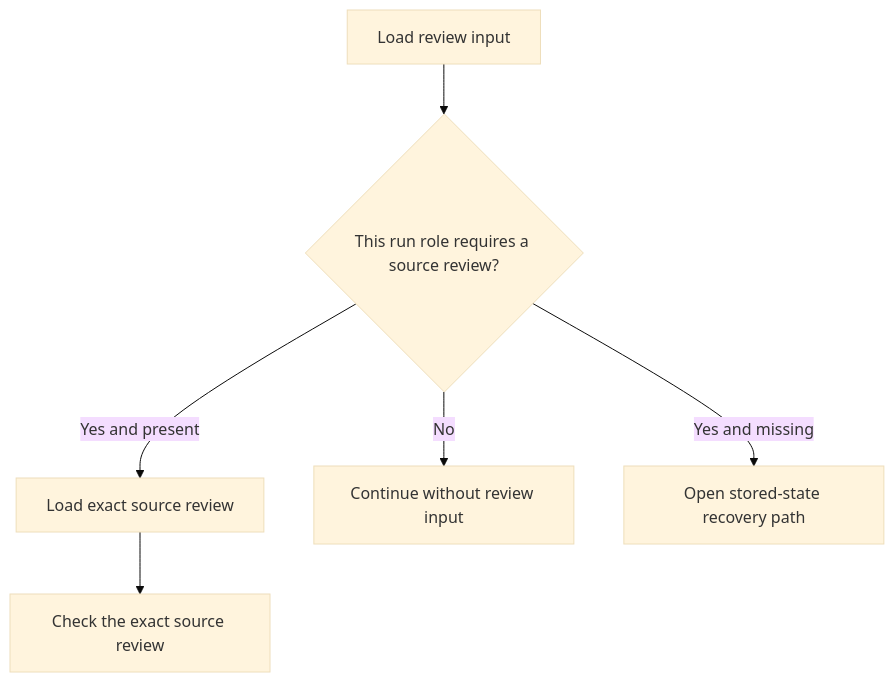
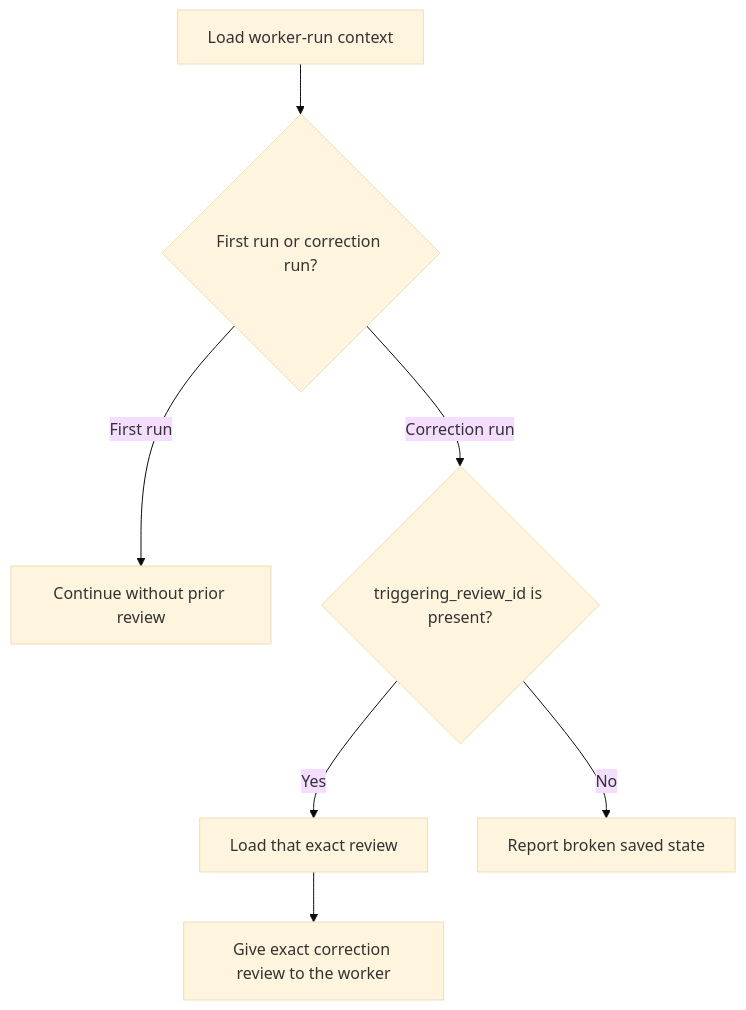
Diagram 20 of 26 in docs/superpowers/plans/2026-08-08-noema-practical-reliability-roadmap.md (kpsuperplane/Noema), drawn with Mermaid (base theme) before and after one commit. The commit also changed other lines of this file, not shown here.

Commit message:
docs: clarify exact correction review plan

````diff
--- a/docs/superpowers/plans/2026-08-08-noema-practical-reliability-roadmap.md
+++ b/docs/superpowers/plans/2026-08-08-noema-practical-reliability-roadmap.md
@@ -1014,14 +1022,16 @@
 ```mermaid
 flowchart TD
-    A["Load review input"]
-    B{"This run role requires a source review?"}
-    C["Load exact source review"]
-    D["Continue without review input"]
-    E["Open stored-state recovery path"]
-    F["Check the exact source review"]
+    A["Load worker-run context"]
+    B{"First run or correction run?"}
+    C["Continue without prior review"]
+    D{"triggering_review_id is present?"}
+    E["Load that exact review"]
+    F["Report broken saved state"]
+    G["Give exact correction review to the worker"]
 
     A --> B
-    B -->|No| D
-    B -->|Yes and present| C --> F
-    B -->|Yes and missing| E
+    B -->|First run| C
+    B -->|Correction run| D
+    D -->|Yes| E --> G
+    D -->|No| F
 ```
````
